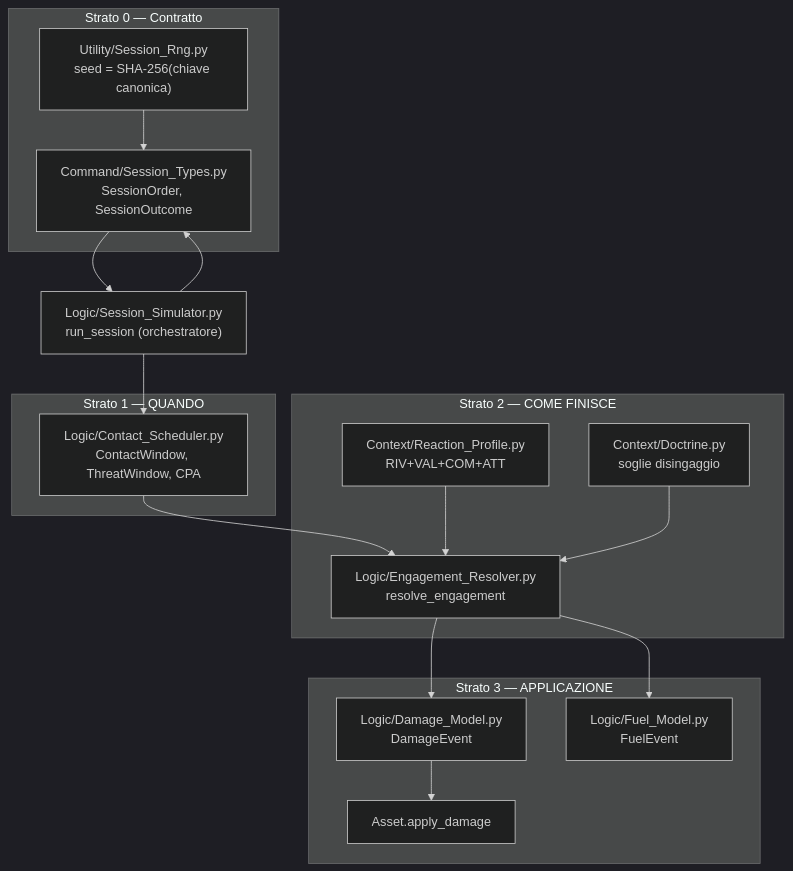
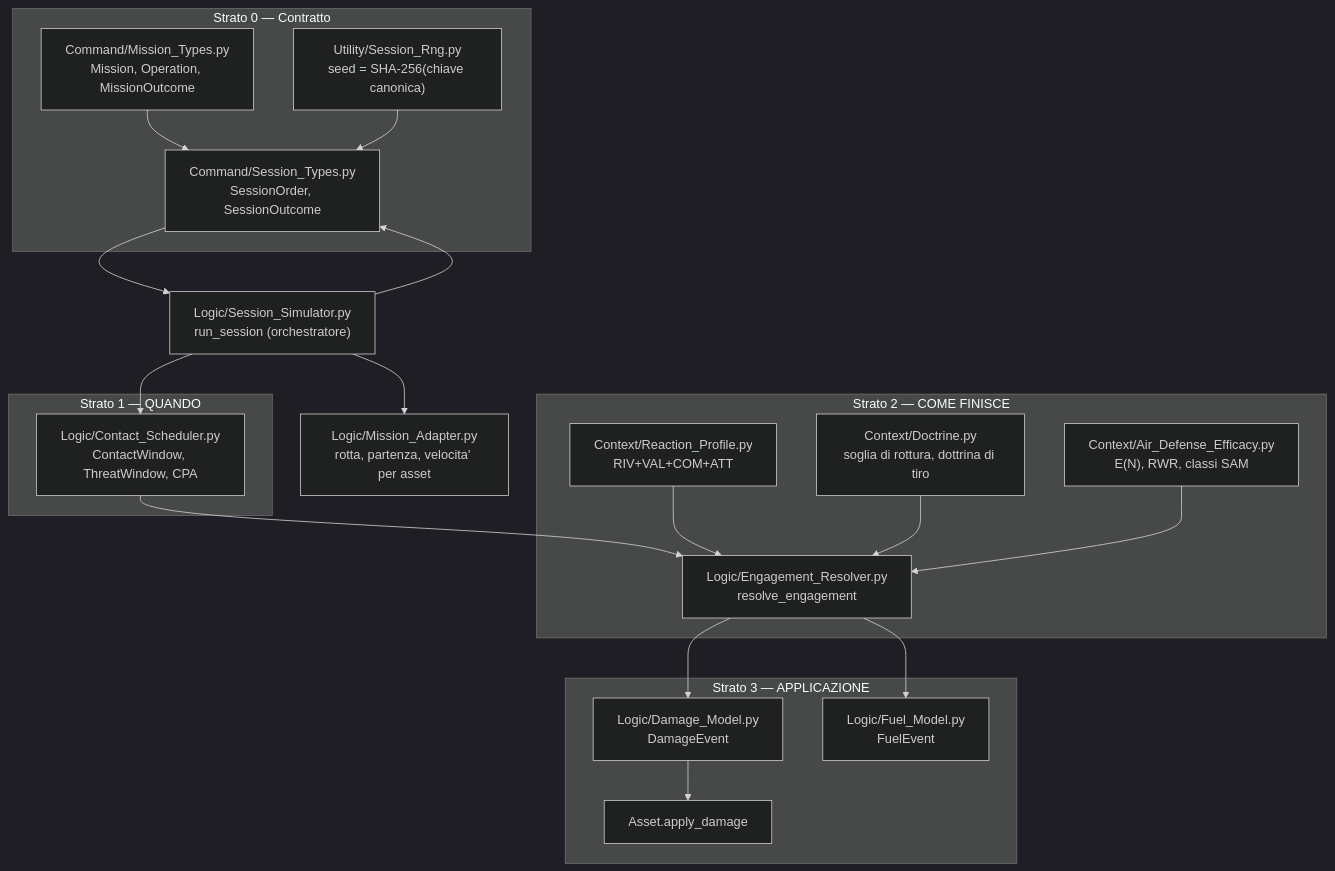
The diagram in Analysis/Document/Manuale_Motore_DES/02_Scopo_e_Motivazioni.md (MakusIV/Warfare-Model), drawn with Mermaid (dark theme) before and after one commit. The commit also changed other lines of this file and 10 other files, not shown here.

````diff
--- a/Analysis/Document/Manuale_Motore_DES/02_Scopo_e_Motivazioni.md
+++ b/Analysis/Document/Manuale_Motore_DES/02_Scopo_e_Motivazioni.md
@@ -72,36 +83,42 @@
 ```mermaid
 flowchart TD
     subgraph S0["Strato 0 — Contratto"]
         ST["Command/Session_Types.py<br/>SessionOrder, SessionOutcome"]
+        MT["Command/Mission_Types.py<br/>Mission, Operation, MissionOutcome"]
         RNG["Utility/Session_Rng.py<br/>seed = SHA-256(chiave canonica)"]
     end
 
     subgraph S1["Strato 1 — QUANDO"]
         CS["Logic/Contact_Scheduler.py<br/>ContactWindow, ThreatWindow, CPA"]
     end
 
     subgraph S2["Strato 2 — COME FINISCE"]
         ER["Logic/Engagement_Resolver.py<br/>resolve_engagement"]
         RP["Context/Reaction_Profile.py<br/>RIV+VAL+COM+ATT"]
-        DOC["Context/Doctrine.py<br/>soglie disingaggio"]
+        DOC["Context/Doctrine.py<br/>soglia di rottura, dottrina di tiro"]
+        ADE["Context/Air_Defense_Efficacy.py<br/>E(N), RWR, classi SAM"]
     end
 
     subgraph S3["Strato 3 — APPLICAZIONE"]
         DM["Logic/Damage_Model.py<br/>DamageEvent"]
         FM["Logic/Fuel_Model.py<br/>FuelEvent"]
         AD["Asset.apply_damage"]
     end
 
     ORCH["Logic/Session_Simulator.py<br/>run_session (orchestratore)"]
+    MA["Logic/Mission_Adapter.py<br/>rotta, partenza, velocita' per asset"]
 
+    MT --> ST
     ST --> ORCH
+    ORCH --> MA
     RNG --> ST
     ORCH --> CS
     CS --> ER
     RP --> ER
     DOC --> ER
+    ADE --> ER
     ER --> DM
     ER --> FM
     DM --> AD
     ORCH --> ST
 ```
````
